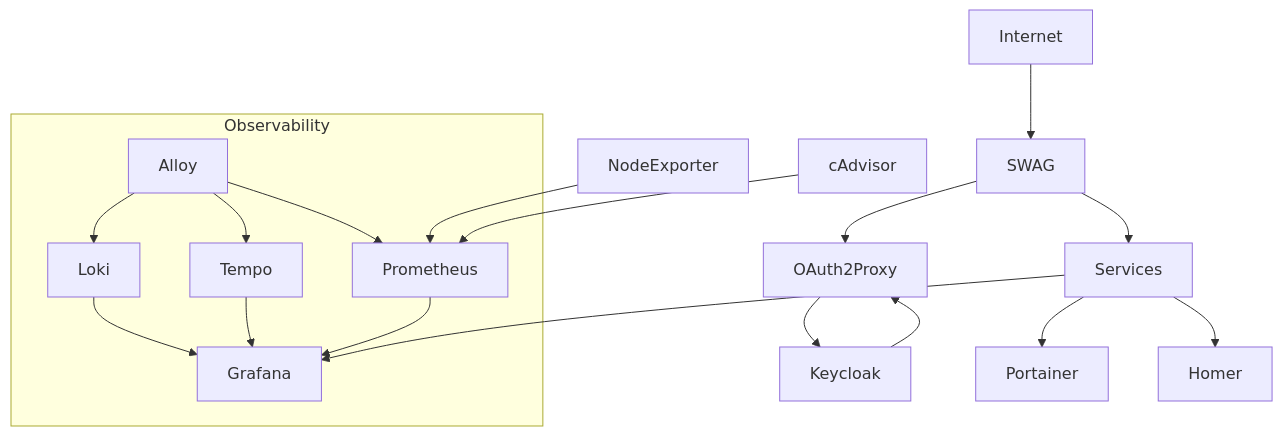
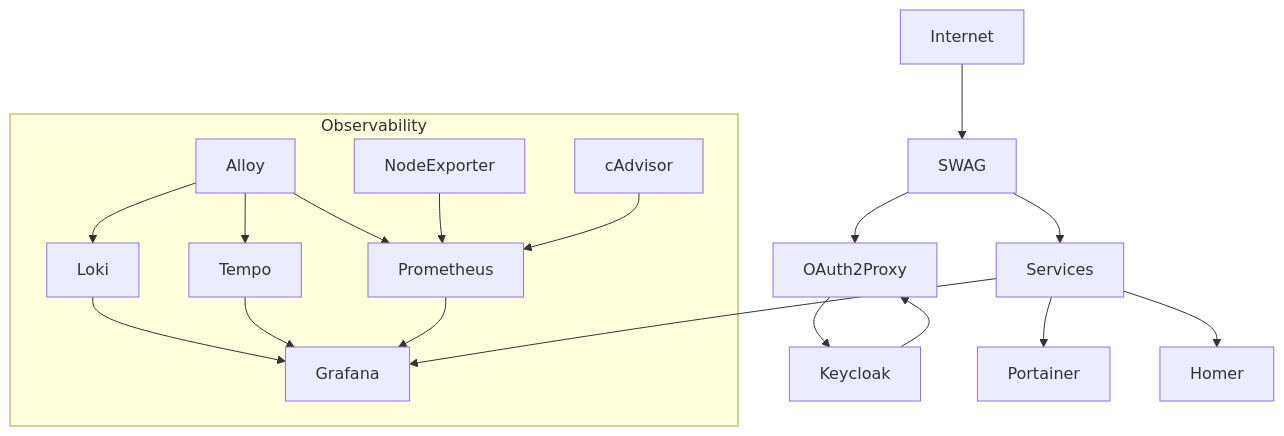
One commit to elasticlabs/tennis.me-infra changed the first of 3 diagrams in README.md. Above: the diagram before and after it, drawn with Mermaid. The commit also changed other lines of this file, not shown here.

````diff
--- a/README.md
+++ b/README.md
@@ -86,27 +86,27 @@
 ```mermaid
 flowchart TB
 
     Internet --> SWAG
 
     SWAG --> OAuth2Proxy
     SWAG --> Services
 
     OAuth2Proxy --> Keycloak
     Keycloak --> OAuth2Proxy
 
     Services --> Grafana
     Services --> Portainer
     Services --> Homer
 
     subgraph Observability
         Prometheus --> Grafana
         Loki --> Grafana
         Tempo --> Grafana
         Alloy --> Loki
         Alloy --> Tempo
         Alloy --> Prometheus
+        NodeExporter --> Prometheus
+        cAdvisor --> Prometheus
     end
 
-    NodeExporter --> Prometheus
-    cAdvisor --> Prometheus
 ```
````
